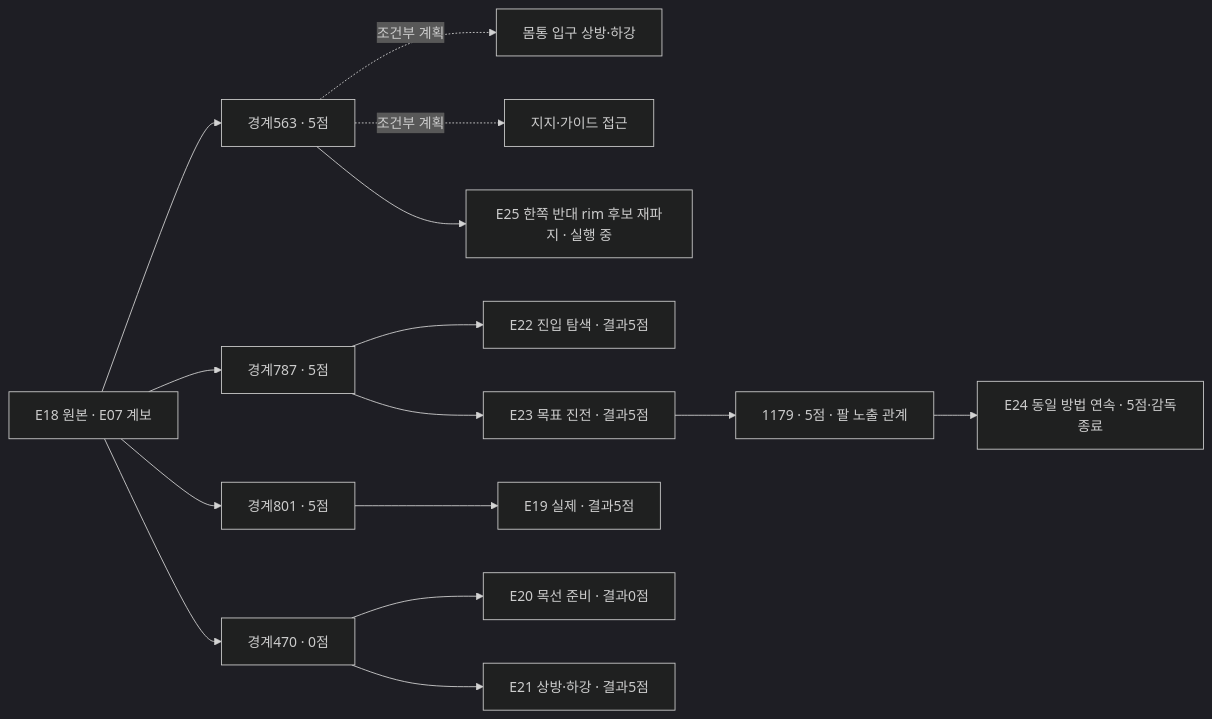
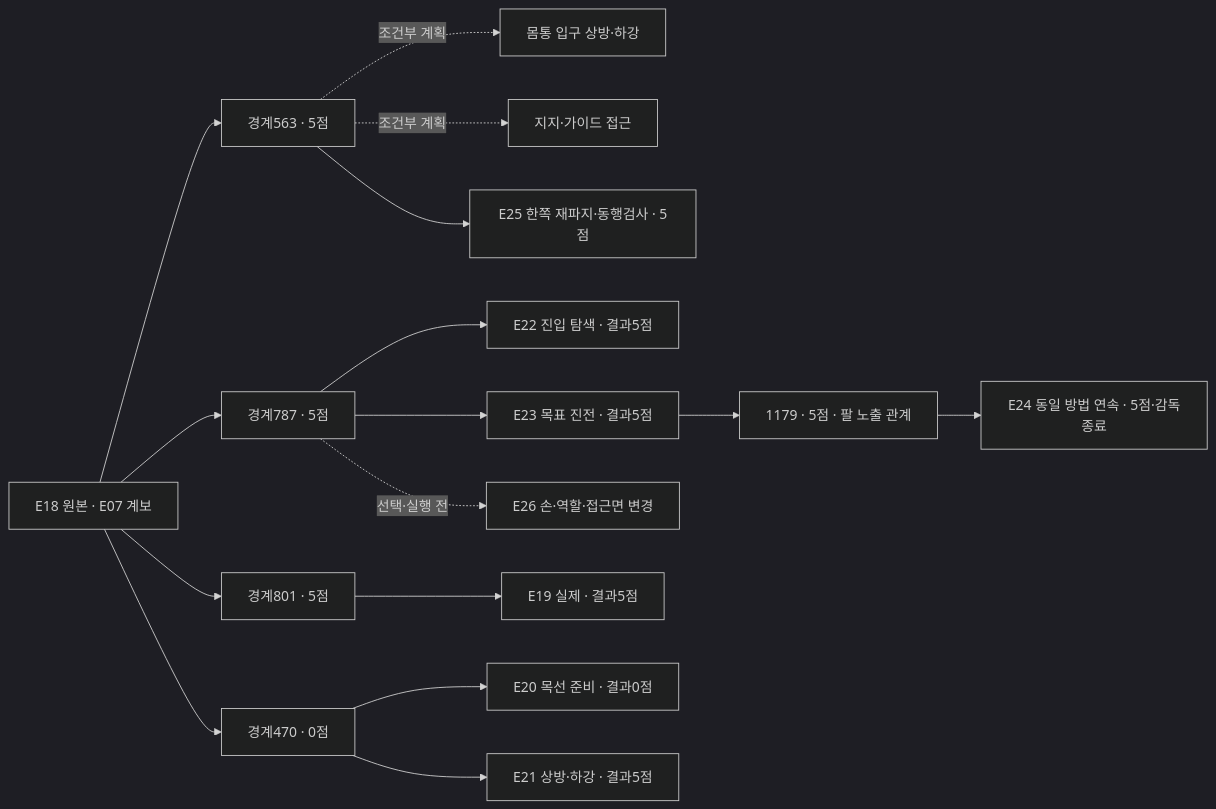
Before and after one commit to leonyoon-3dai/PhyRC_2027_phase1: the diagram in docs/collection/catalog/README.ko.md, drawn with Mermaid (dark theme). The commit also changed other lines of this file and 43 other files, not shown here.

````diff
--- a/docs/collection/catalog/README.ko.md
+++ b/docs/collection/catalog/README.ko.md
@@ -26,17 +26,18 @@
 ```mermaid
 flowchart LR
   E18["E18 원본 · E07 계보"] --> P563["경계563 · 5점"]
   E18 --> P787["경계787 · 5점"]
   E18 --> P801["경계801 · 5점"]
   E18 --> P470["경계470 · 0점"]
   P563 -. "조건부 계획" .-> O["몸통 입구 상방·하강"]
   P563 -. "조건부 계획" .-> G["지지·가이드 접근"]
   P801 --> E19["E19 실제 · 결과5점"]
   P470 --> E20["E20 목선 준비 · 결과0점"]
   P470 --> E21["E21 상방·하강 · 결과5점"]
   P787 --> E22["E22 진입 탐색 · 결과5점"]
   P787 --> E23["E23 목표 진전 · 결과5점"]
   E23 --> P1179["1179 · 5점 · 팔 노출 관계"]
   P1179 --> E24["E24 동일 방법 연속 · 5점·감독종료"]
-  P563 --> M1["E25 한쪽 반대 rim 후보 재파지 · 실행 중"]
+  P563 --> M1["E25 한쪽 재파지·동행검사 · 5점"]
+  P787 -. "선택·실행 전" .-> M2["E26 손·역할·접근면 변경"]
 ```
````
